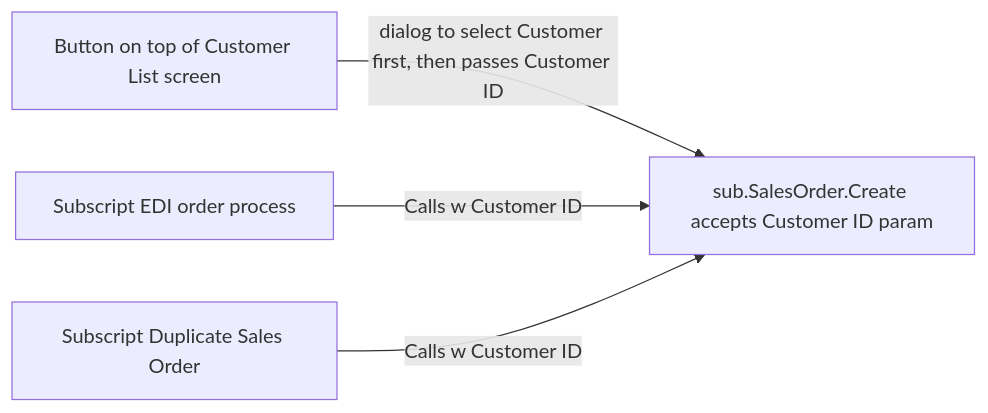
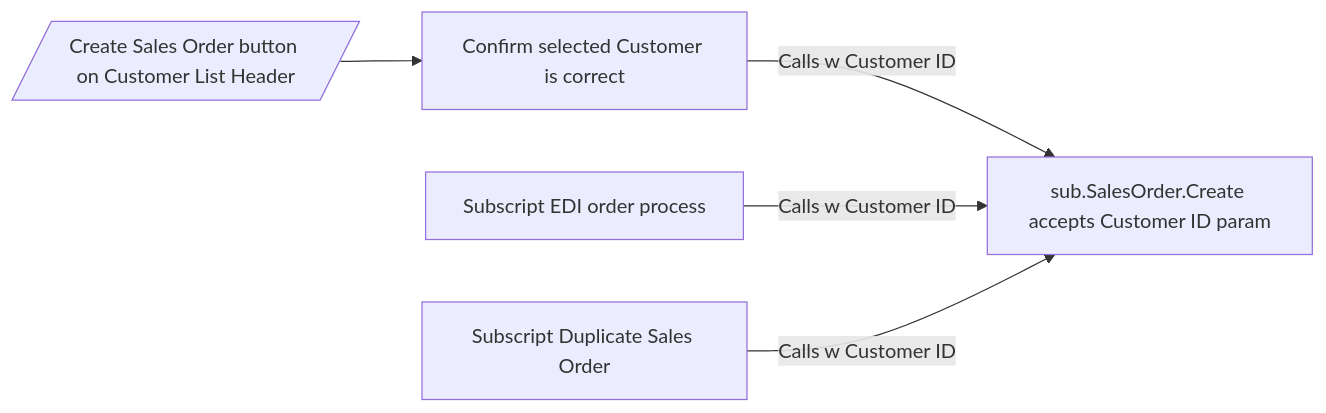
The diagram in Script_Folders_Module.md (CloudChi/FX-Framework), drawn with Mermaid before and after one commit.

````diff
--- a/Script_Folders_Module.md
+++ b/Script_Folders_Module.md
@@ -49,6 +49,7 @@
 ```mermaid
 graph LR
-  A[Button on top of Customer List screen] -- dialog to select Customer first, then passes Customer ID --> F[sub.SalesOrder.Create accepts Customer ID param] 
-  B[Subscript EDI order process] -- Calls w Customer ID --> F
-  C[Subscript Duplicate Sales Order] -- Calls w Customer ID --> F
+  A[/Create Sales Order button on Customer List Header/] --> B[Confirm selected Customer is correct] 
+  B -- Calls w Customer ID--> E[sub.SalesOrder.Create accepts Customer ID param] 
+  C[Subscript EDI order process] -- Calls w Customer ID --> E
+  D[Subscript Duplicate Sales Order] -- Calls w Customer ID --> E
 ```
````
